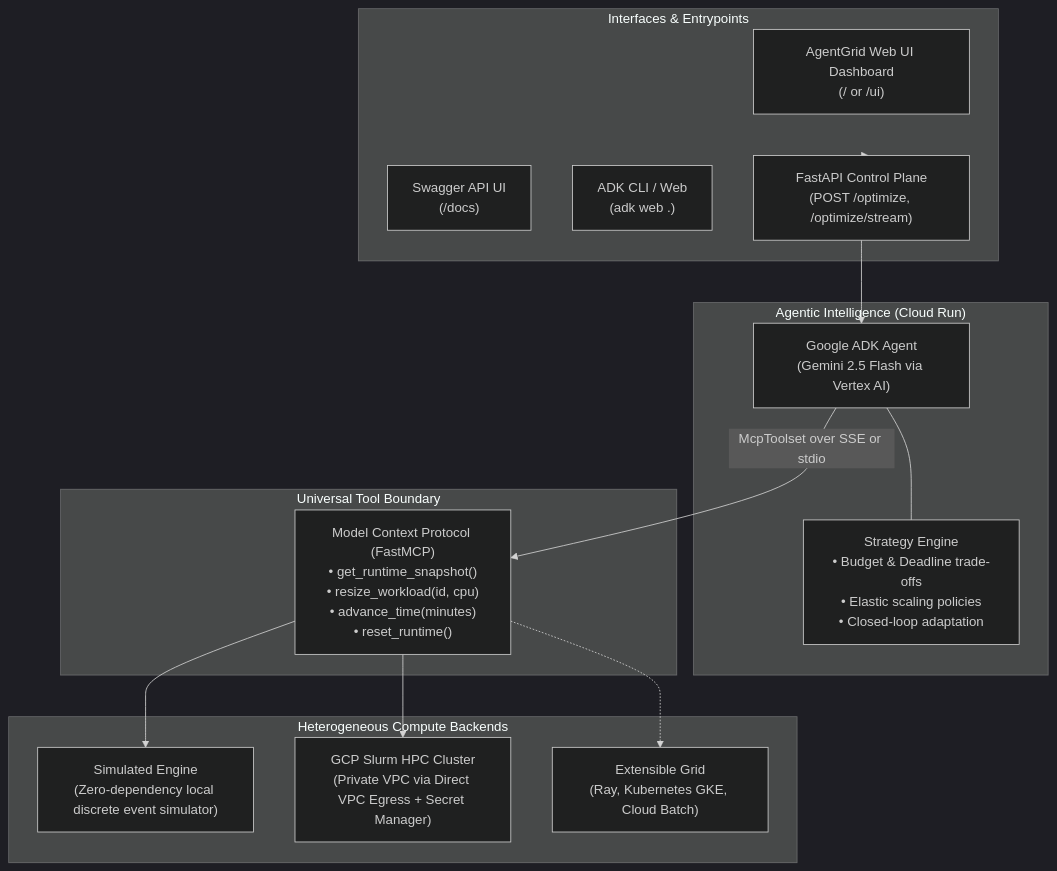
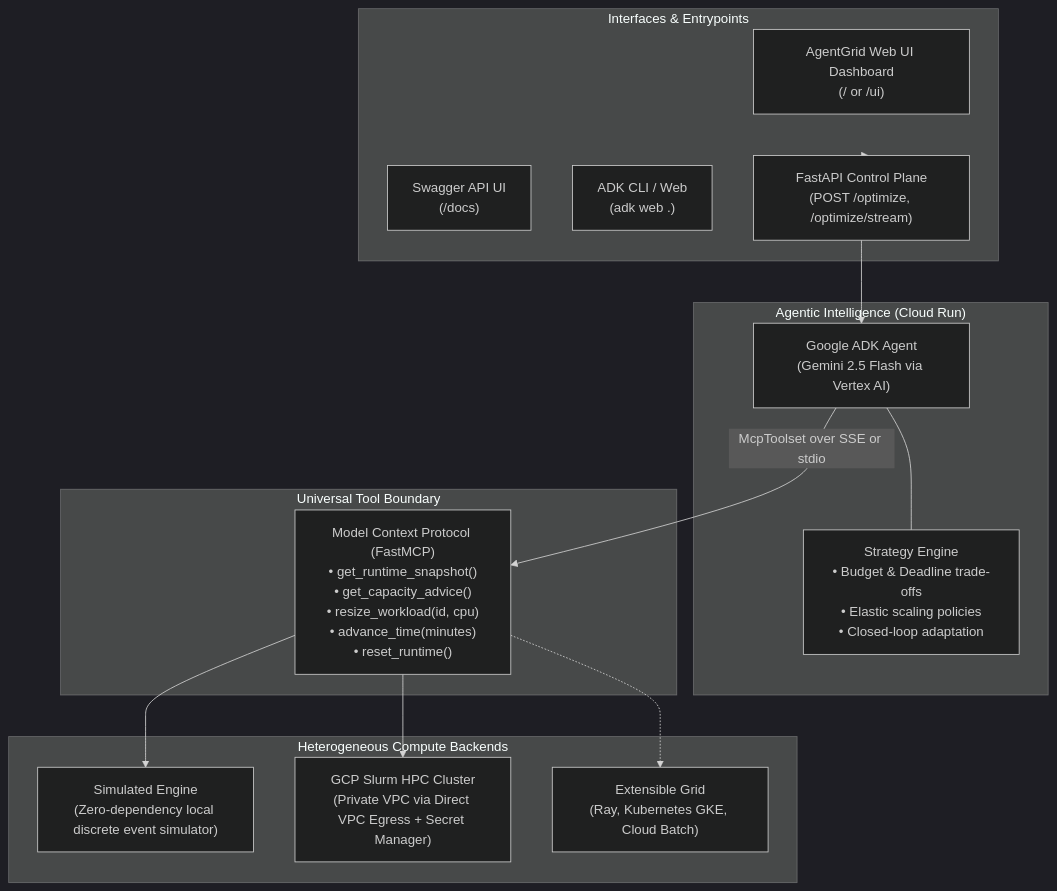
The second of 3 diagrams in README.md (samy-fadel/agentgrid), drawn with Mermaid (dark theme) before and after one commit. The commit also changed other lines of this file and 10 other files, not shown here.

````diff
--- a/README.md
+++ b/README.md
@@ -59,32 +59,32 @@
 ```mermaid
 flowchart TB
     subgraph Clients ["Interfaces & Entrypoints"]
         Dashboard["AgentGrid Web UI Dashboard<br/>(/ or /ui)"]
         UI["Swagger API UI<br/>(/docs)"]
         CLI["ADK CLI / Web<br/>(adk web .)"]
         API["FastAPI Control Plane<br/>(POST /optimize, /optimize/stream)"]
     end
 
     subgraph AgentPlane ["Agentic Intelligence (Cloud Run)"]
         Agent["Google ADK Agent<br/>(Gemini 2.5 Flash via Vertex AI)"]
         Prompt["Strategy Engine<br/>• Budget & Deadline trade-offs<br/>• Elastic scaling policies<br/>• Closed-loop adaptation"]
         Agent --- Prompt
     end
 
     subgraph Protocol ["Universal Tool Boundary"]
-        MCP["Model Context Protocol (FastMCP)<br/>• get_runtime_snapshot()<br/>• resize_workload(id, cpu)<br/>• advance_time(minutes)<br/>• reset_runtime()"]
+        MCP["Model Context Protocol (FastMCP)<br/>• get_runtime_snapshot()<br/>• get_capacity_advice()<br/>• resize_workload(id, cpu)<br/>• advance_time(minutes)<br/>• reset_runtime()"]
     end
 
     subgraph Infrastructure ["Heterogeneous Compute Backends"]
         Sim["Simulated Engine<br/>(Zero-dependency local discrete event simulator)"]
         Slurm["GCP Slurm HPC Cluster<br/>(Private VPC via Direct VPC Egress + Secret Manager)"]
         Future["Extensible Grid<br/>(Ray, Kubernetes GKE, Cloud Batch)"]
     end
 
     Clients --> API
     API --> Agent
     Agent -->|McpToolset over SSE or stdio| MCP
     MCP --> Sim
     MCP --> Slurm
     MCP -.-> Future
 ```
````
